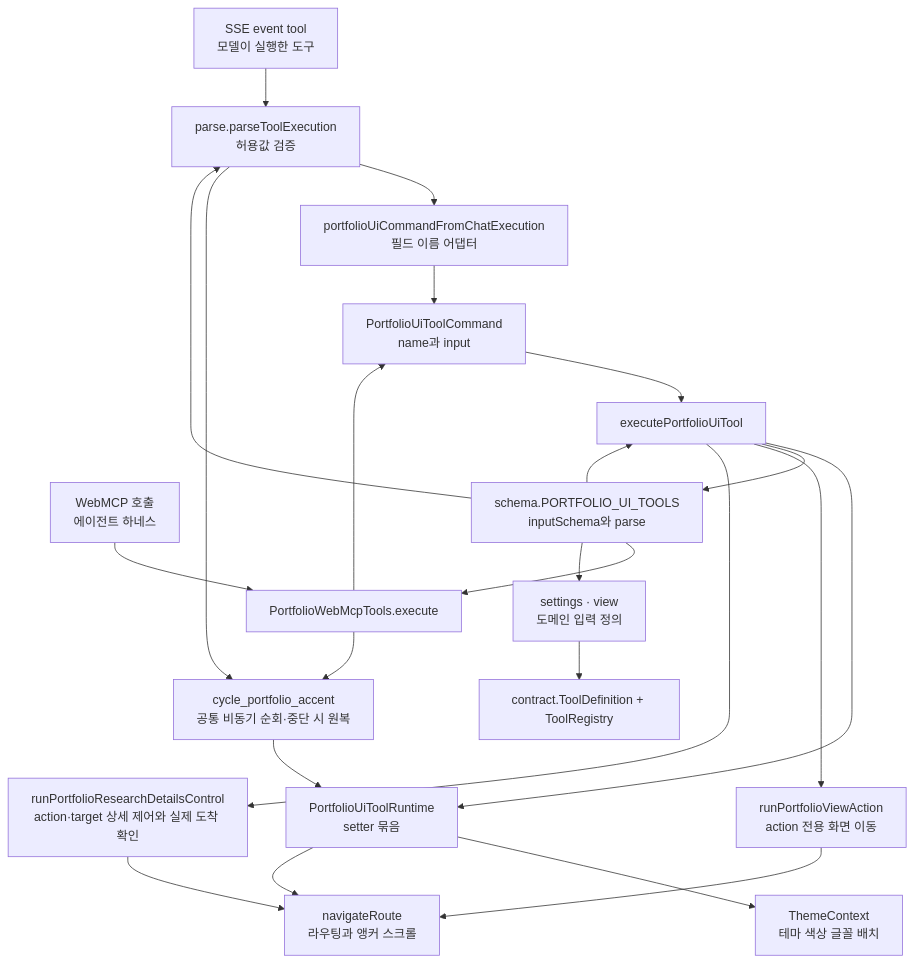
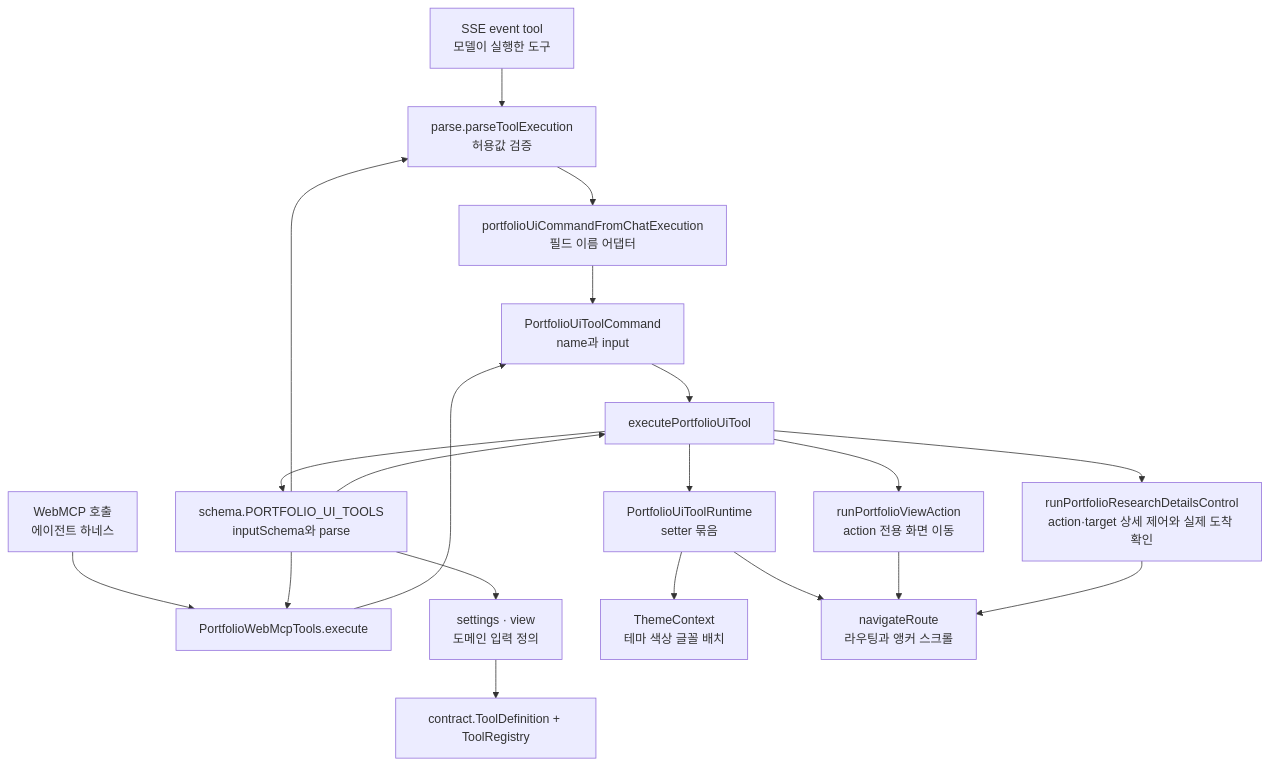
One commit to s-work-song/ssw-portfolio-public changed the third of 5 diagrams in web/docs/chatbot-architecture.md. Above: the diagram before and after it, drawn with Mermaid. The commit also changed other lines of this file and 25 other files, not shown here.

````diff
--- a/web/docs/chatbot-architecture.md
+++ b/web/docs/chatbot-architecture.md
@@ -330,46 +330,41 @@
 ```mermaid
 flowchart TD
   ModelTool["SSE event tool<br/>모델이 실행한 도구"]
   Agent["WebMCP 호출<br/>에이전트 하네스"]
 
   Parse["parse.parseToolExecution<br/>허용값 검증"]
   Adapter["portfolioUiCommandFromChatExecution<br/>필드 이름 어댑터"]
   Register["PortfolioWebMcpTools.execute"]
   Command["PortfolioUiToolCommand<br/>name과 input"]
   Contract["contract.ToolDefinition + ToolRegistry"]
   Domains["settings · view<br/>도메인 입력 정의"]
   Schema["schema.PORTFOLIO_UI_TOOLS<br/>inputSchema와 parse"]
   Executor["executePortfolioUiTool"]
   Runtime["PortfolioUiToolRuntime<br/>setter 묶음"]
 
   ThemeSet["ThemeContext<br/>테마 색상 글꼴 배치"]
   Router["navigateRoute<br/>라우팅과 앵커 스크롤"]
   ViewCtl["runPortfolioViewAction<br/>action 전용 화면 이동"]
   Details["runPortfolioResearchDetailsControl<br/>action·target 상세 제어와 실제 도착 확인"]
-
-  Cycle["cycle_portfolio_accent<br/>공통 비동기 순회·중단 시 원복"]
 
   ModelTool --> Parse
   Parse --> Adapter
   Adapter --> Command
   Agent --> Register
   Register --> Command
   Schema --> Register
   Schema --> Parse
   Schema --> Executor
   Command --> Executor
   Executor --> Runtime
   Runtime --> ThemeSet
   Runtime --> Router
   Domains --> Contract
   Schema --> Domains
   Executor --> Schema
   Executor --> ViewCtl
   ViewCtl --> Router
   Executor --> Details
   Details --> Router
 
-  Parse --> Cycle
-  Register --> Cycle
-  Cycle --> Runtime
 ```
````
